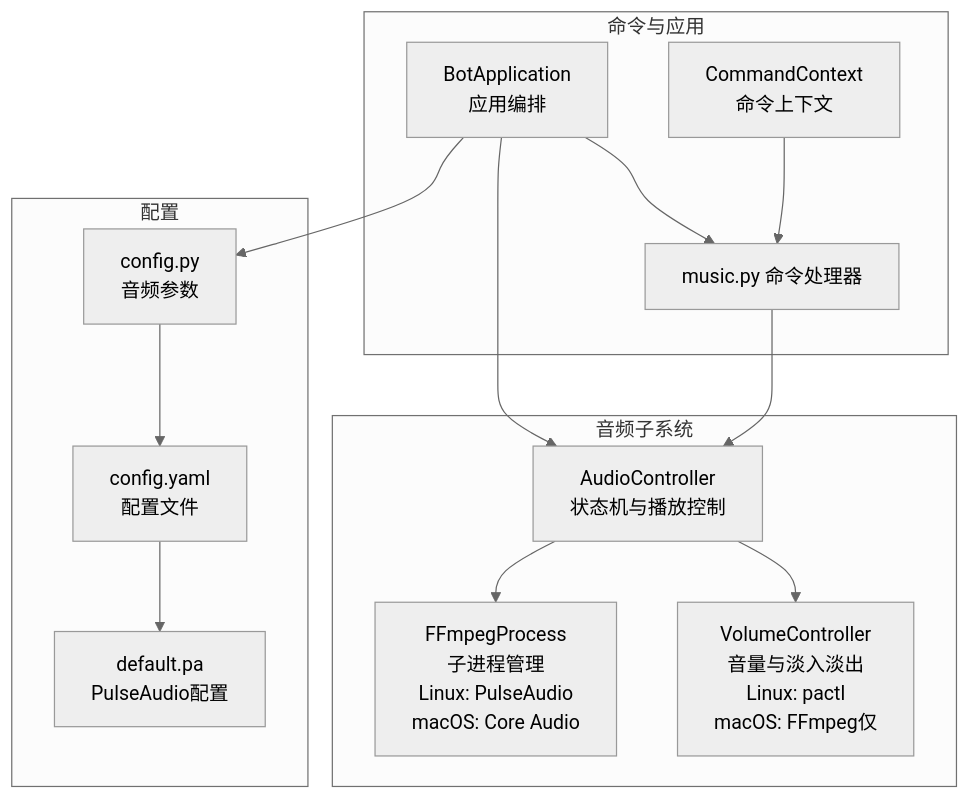
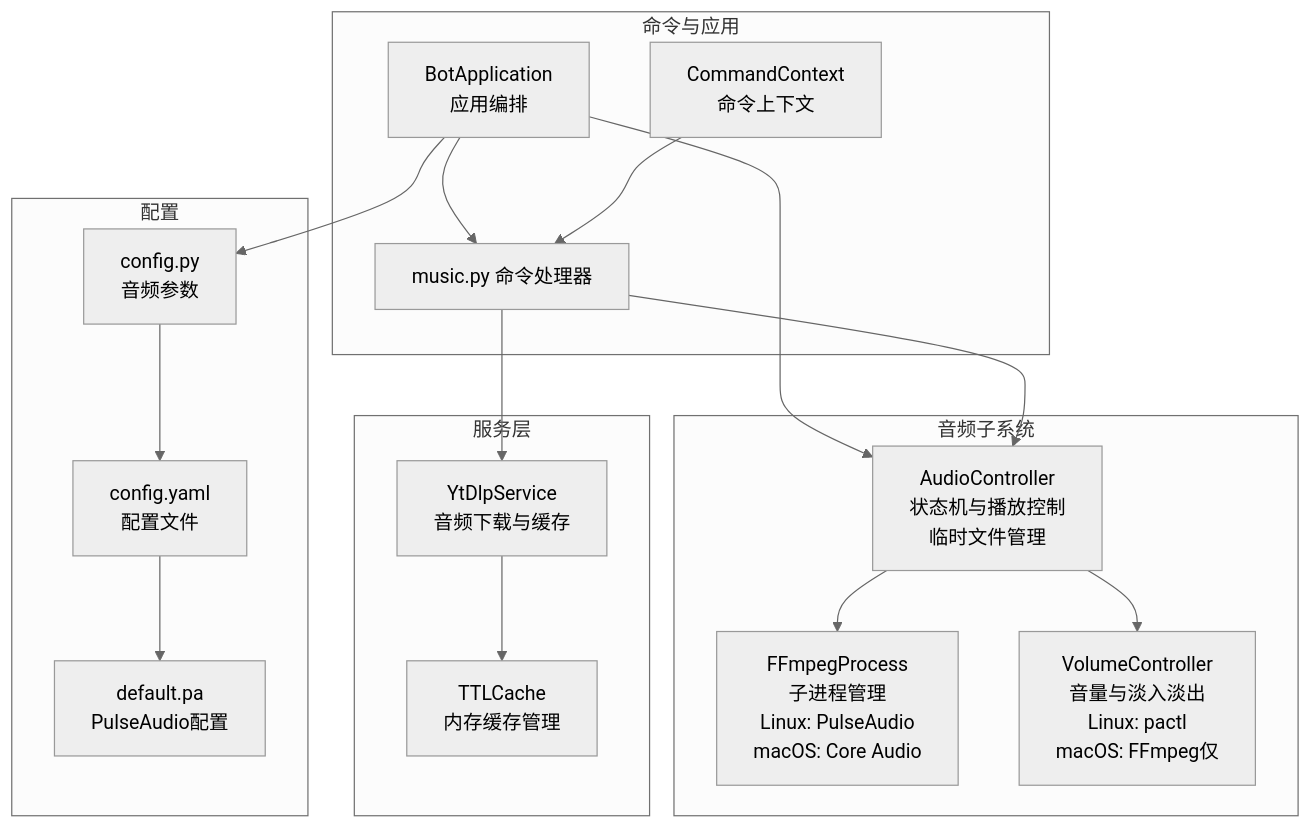
Before and after one commit to GhoulOwl/Teamspeak3_Bot: the first of 9 diagrams in .qoder/repowiki/zh/content/音乐播放系统/音频控制器.md, drawn with Mermaid (neutral theme). The commit also changed other lines of this file and 5 other files, not shown here.

````diff
--- a/.qoder/repowiki/zh/content/音乐播放系统/音频控制器.md
+++ b/.qoder/repowiki/zh/content/音乐播放系统/音频控制器.md
@@ -54,27 +59,33 @@
 ```mermaid
 graph TB
 subgraph "音频子系统"
-AC["AudioController<br/>状态机与播放控制"]
+AC["AudioController<br/>状态机与播放控制<br/>临时文件管理"]
 FFM["FFmpegProcess<br/>子进程管理<br/>Linux: PulseAudio<br/>macOS: Core Audio"]
 VOL["VolumeController<br/>音量与淡入淡出<br/>Linux: pactl<br/>macOS: FFmpeg仅"]
 end
 subgraph "命令与应用"
 APP["BotApplication<br/>应用编排"]
 CMD["music.py 命令处理器"]
 CTX["CommandContext<br/>命令上下文"]
+end
+subgraph "服务层"
+YTDL["YtDlpService<br/>音频下载与缓存"]
+CACHE["TTLCache<br/>内存缓存管理"]
 end
 subgraph "配置"
 CFG["config.py<br/>音频参数"]
 YAML["config.yaml<br/>配置文件"]
 PA["default.pa<br/>PulseAudio配置"]
 end
 AC --> FFM
 AC --> VOL
 APP --> AC
 APP --> CMD
 CMD --> AC
+CMD --> YTDL
+YTDL --> CACHE
 CTX --> CMD
 APP --> CFG
 CFG --> YAML
 YAML --> PA
 ```
````
